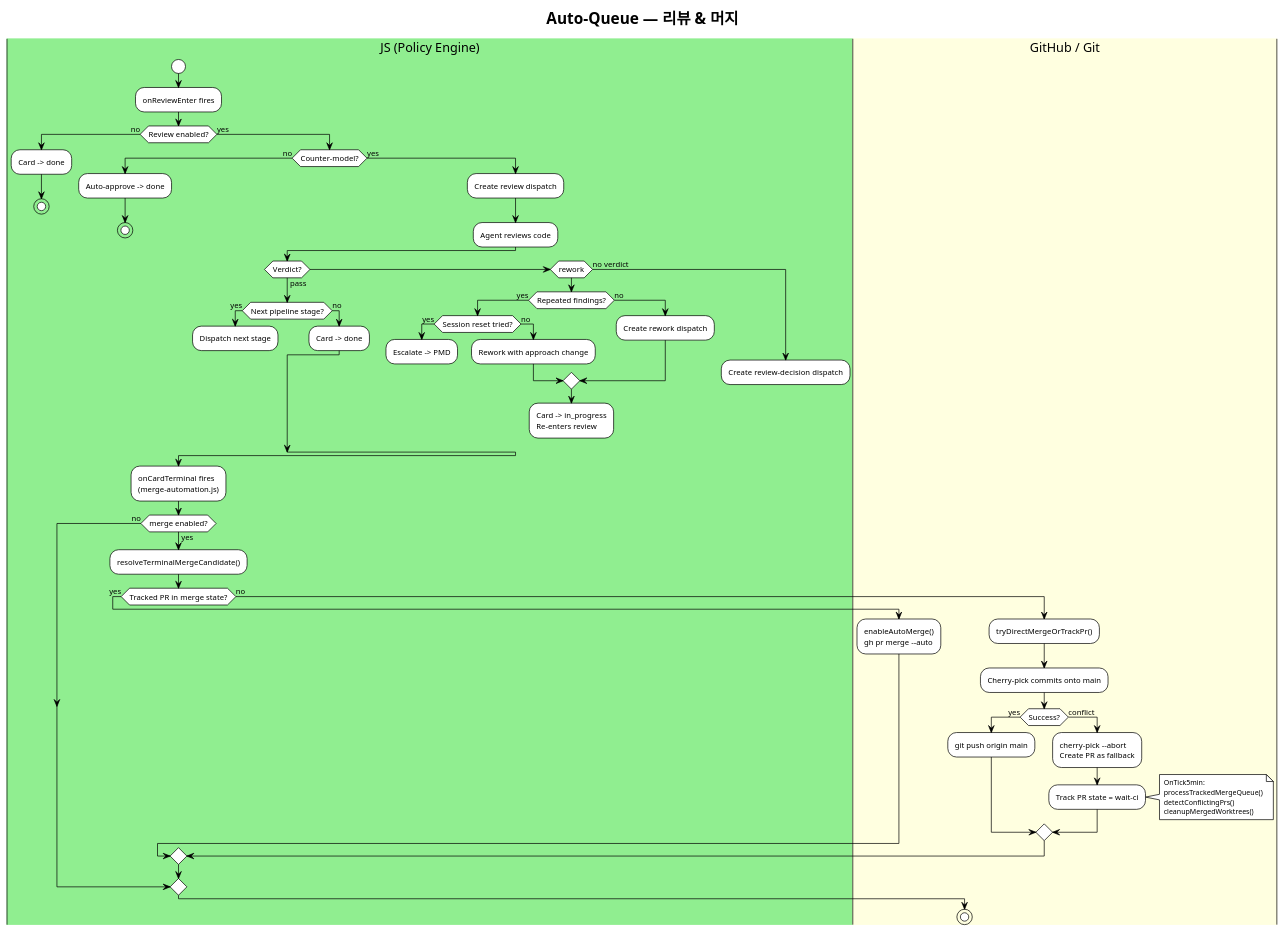
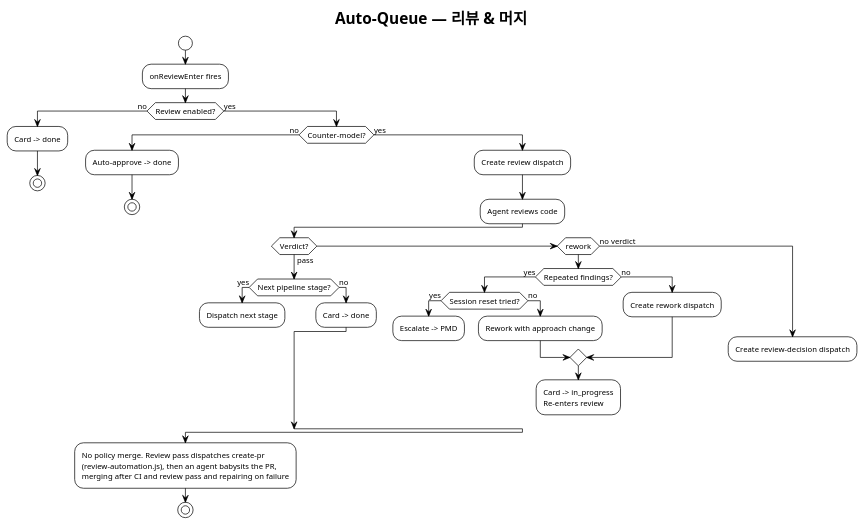
One commit to itismyfield/AgentDesk changed the diagram in docs/diagrams/03b-auto-queue-review-merge.md. Above: the diagram before and after it, drawn with PlantUML. The commit also changed 10 other files, not shown here.

First line of the commit message:
docs(policy): align docs with the retired merge-automation policy

```diff
--- a/docs/diagrams/03b-auto-queue-review-merge.md
+++ b/docs/diagrams/03b-auto-queue-review-merge.md
@@ -9,7 +9,6 @@
 title Auto-Queue — 리뷰 & 머지
 
 |#LightGreen|JS (Policy Engine)|
-|#LightYellow|GitHub / Git|
 
 |JS (Policy Engine)|
 start
@@ -55,39 +54,9 @@
 endif
 
 |JS (Policy Engine)|
-:onCardTerminal fires
-(merge-automation.js);
-
-if (merge enabled?) then (yes)
-  :resolveTerminalMergeCandidate();
-
-  if (Tracked PR in merge state?) then (yes)
-    |GitHub / Git|
-    :enableAutoMerge()
-    gh pr merge --auto;
-  else (no)
-    :tryDirectMergeOrTrackPr();
-
-    |GitHub / Git|
-    :Cherry-pick commits onto main;
-
-    if (Success?) then (yes)
-      :git push origin main;
-    else (conflict)
-      :cherry-pick --abort
-      Create PR as fallback;
-      :Track PR state = wait-ci;
-
-      note right
-        OnTick5min:
-        processTrackedMergeQueue()
-        detectConflictingPrs()
-        cleanupMergedWorktrees()
-      end note
-    endif
-  endif
-else (no)
-endif
+:No policy merge. Review pass dispatches create-pr
+(review-automation.js), then an agent babysits the PR,
+merging after CI and review pass and repairing on failure;
 
 stop
 
```
